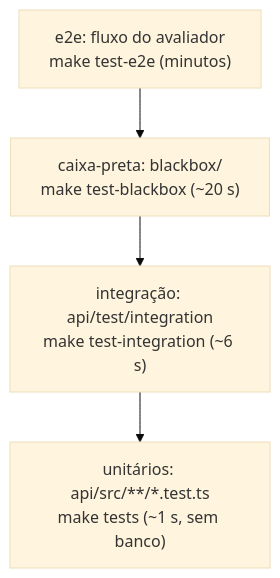
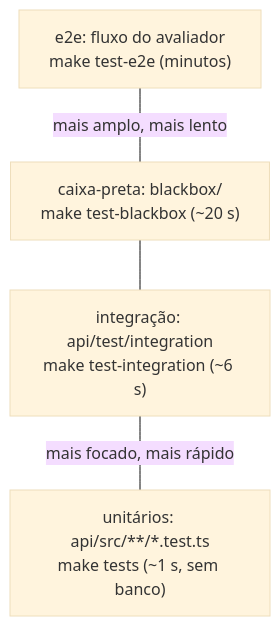
The first of 2 diagrams in docs/testes.md (aeciopires/mba-ia-desafio-harness-legado), drawn with Mermaid (base theme) before and after one commit. The commit also changed other lines of this file and 2 other files, not shown here.

Commit message:
docs: diagramas Mermaid revisados com o mermaid-cli (rótulos sobrepostos, quebras e setas)

````diff
--- a/docs/testes.md
+++ b/docs/testes.md
@@ -15,8 +15,10 @@
 ```mermaid
 flowchart TB
   e2e["e2e: fluxo do avaliador<br/>make test-e2e (minutos)"]
   bb["caixa-preta: blackbox/<br/>make test-blackbox (~20 s)"]
   int["integração: api/test/integration<br/>make test-integration (~6 s)"]
   uni["unitários: api/src/**/*.test.ts<br/>make tests (~1 s, sem banco)"]
-  e2e --> bb --> int --> uni
+  e2e ---|"mais amplo, mais lento"| bb
+  bb --- int
+  int ---|"mais focado, mais rápido"| uni
 ```
````
